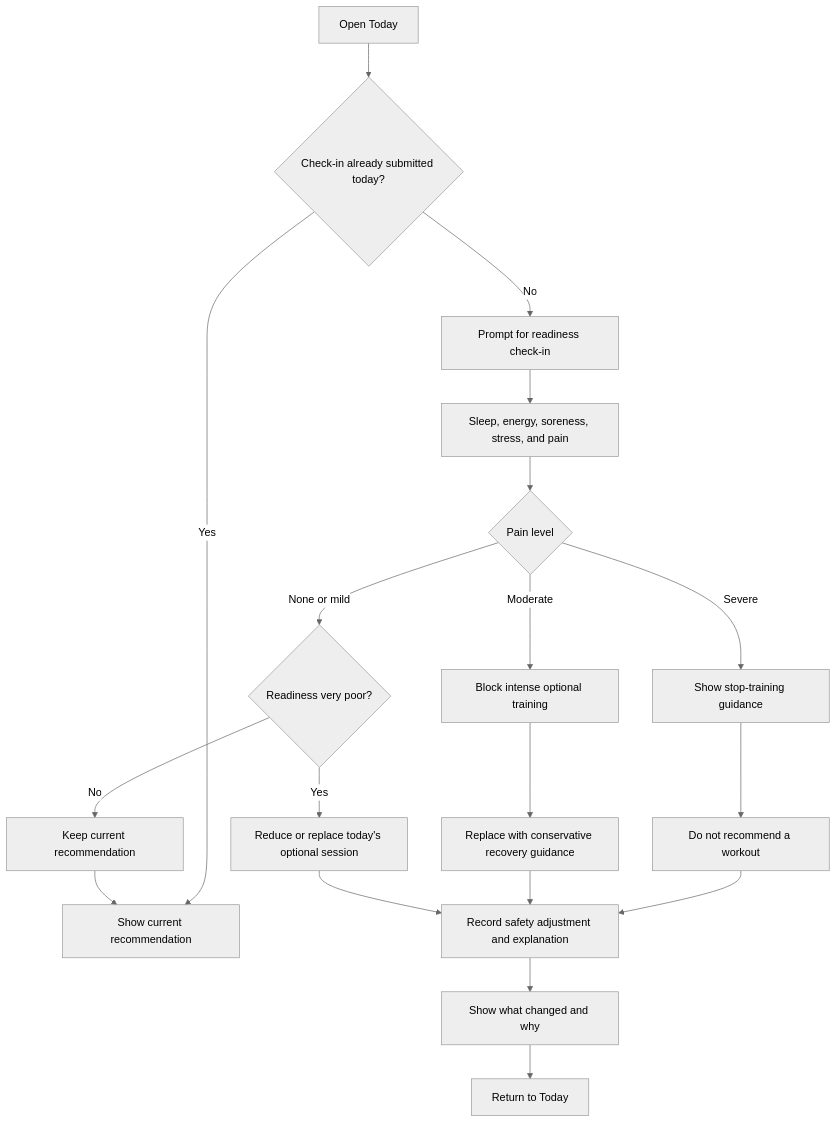
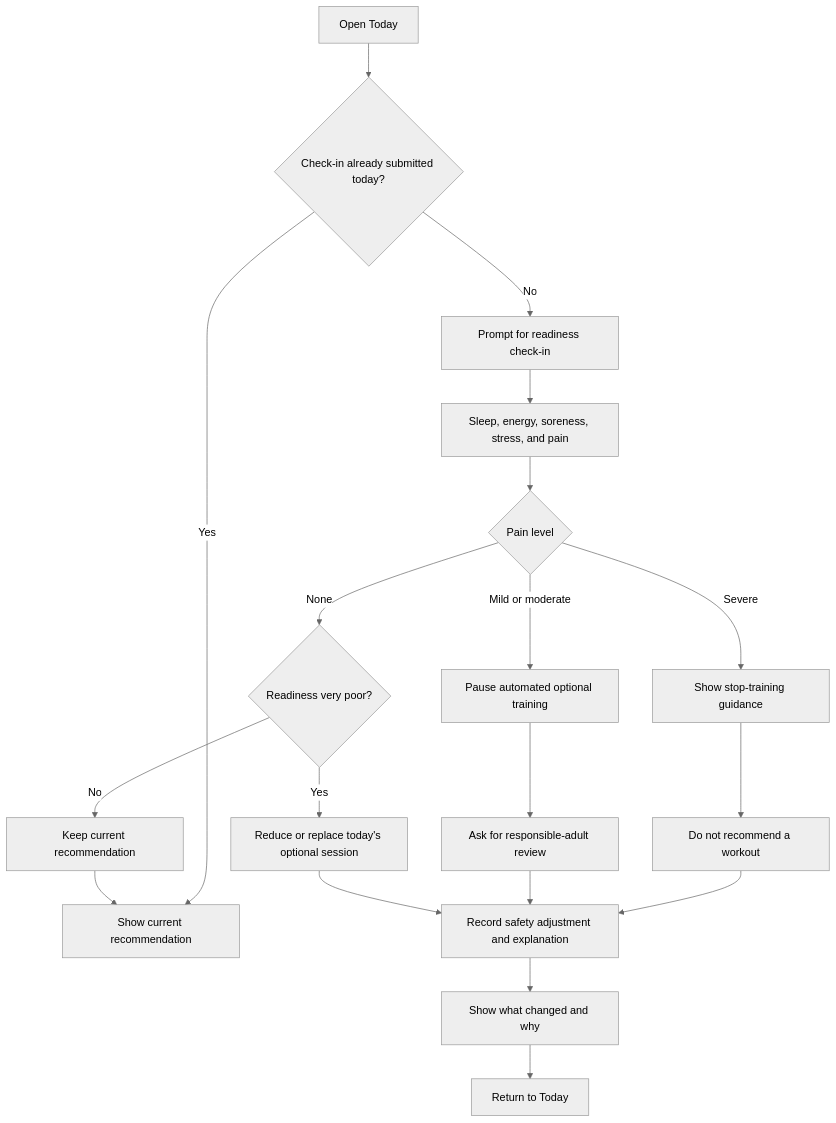
Before and after one commit to pedripottah/PureAthletic: the fourth of 9 diagrams in docs/user-flow.md, drawn with Mermaid (neutral theme). The commit also changed other lines of this file and 1 other file, not shown here.

````diff
--- a/docs/user-flow.md
+++ b/docs/user-flow.md
@@ -117,25 +129,25 @@
 ```mermaid
 flowchart TD
     A[Open Today] --> B{Check-in already submitted today?}
     B -->|Yes| C[Show current recommendation]
     B -->|No| D[Prompt for readiness check-in]
     D --> E[Sleep, energy, soreness, stress, and pain]
     E --> F{Pain level}
 
     F -->|Severe| G[Show stop-training guidance]
     G --> H[Do not recommend a workout]
     H --> I[Record safety adjustment and explanation]
 
-    F -->|Moderate| J[Block intense optional training]
-    J --> K[Replace with conservative recovery guidance]
+    F -->|Mild or moderate| J[Pause automated optional training]
+    J --> K[Ask for responsible-adult review]
     K --> I
 
-    F -->|None or mild| L{Readiness very poor?}
+    F -->|None| L{Readiness very poor?}
     L -->|Yes| M[Reduce or replace today's optional session]
     M --> I
     L -->|No| N[Keep current recommendation]
     N --> C
 
     I --> O[Show what changed and why]
     O --> P[Return to Today]
 ```
````
